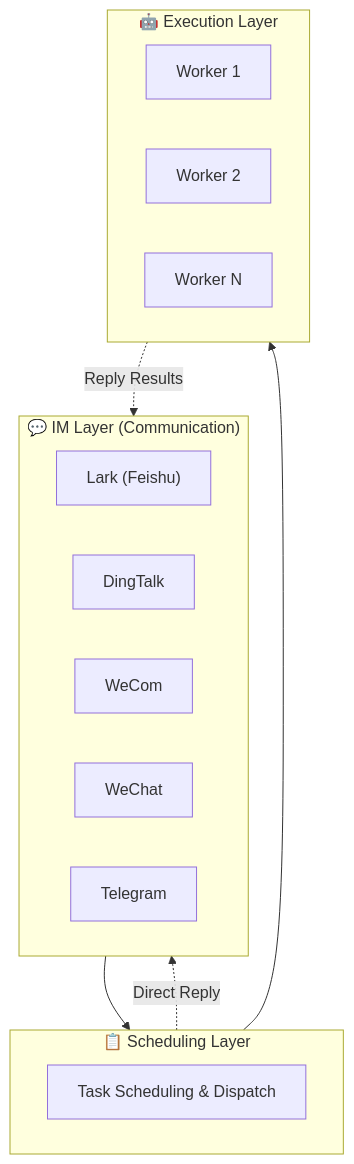
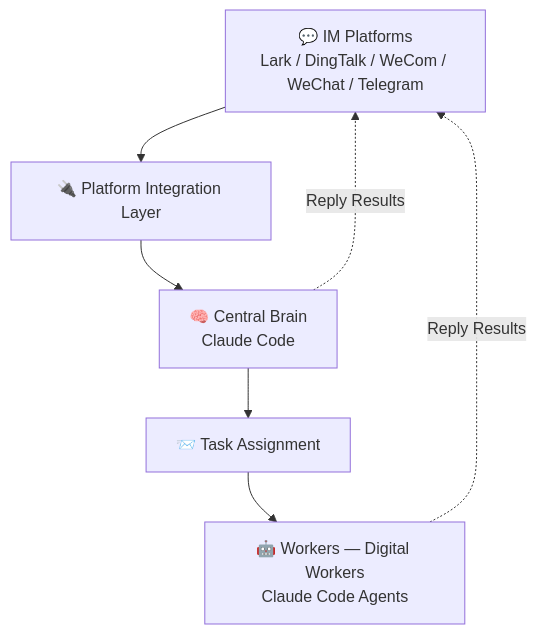
The diagram in content/docs/index.mdx (theopenbee/docs), drawn with Mermaid before and after one commit. The commit also changed other lines of this file and 1 other file, not shown here.

Commit message:
docs: replace How It Works diagram with new architecture flow

````diff
--- a/content/docs/index.mdx
+++ b/content/docs/index.mdx
@@ -21,25 +19,9 @@
 ```mermaid
 graph TD
-    subgraph IM["💬 IM Layer (Communication)"]
-        A1["Lark (Feishu)"]
-        A2["DingTalk"]
-        A3["WeCom"]
-        A4["WeChat"]
-        A5["Telegram"]
-    end
-
-    subgraph SCHED["📋 Scheduling Layer"]
-        B["Task Scheduling & Dispatch"]
-    end
-
-    subgraph EXEC["🤖 Execution Layer"]
-        C1["Worker 1"]
-        C2["Worker 2"]
-        C3["Worker N"]
-    end
-
-    IM --> SCHED
-    SCHED --> EXEC
-    SCHED -. "Direct Reply" .-> IM
-    EXEC -. "Reply Results" .-> IM
+    A["💬 IM Platforms\nLark / DingTalk / WeCom / WeChat / Telegram"] --> B["🔌 Platform Integration Layer"]
+    B --> C["🧠 Central Brain\nClaude Code"]
+    C --> D["📨 Task Assignment"]
+    D --> E["🤖 Workers — Digital Workers\nClaude Code Agents"]
+    E -. "Reply Results" .-> A
+    C -. "Reply Results" .-> A
 ```
````
